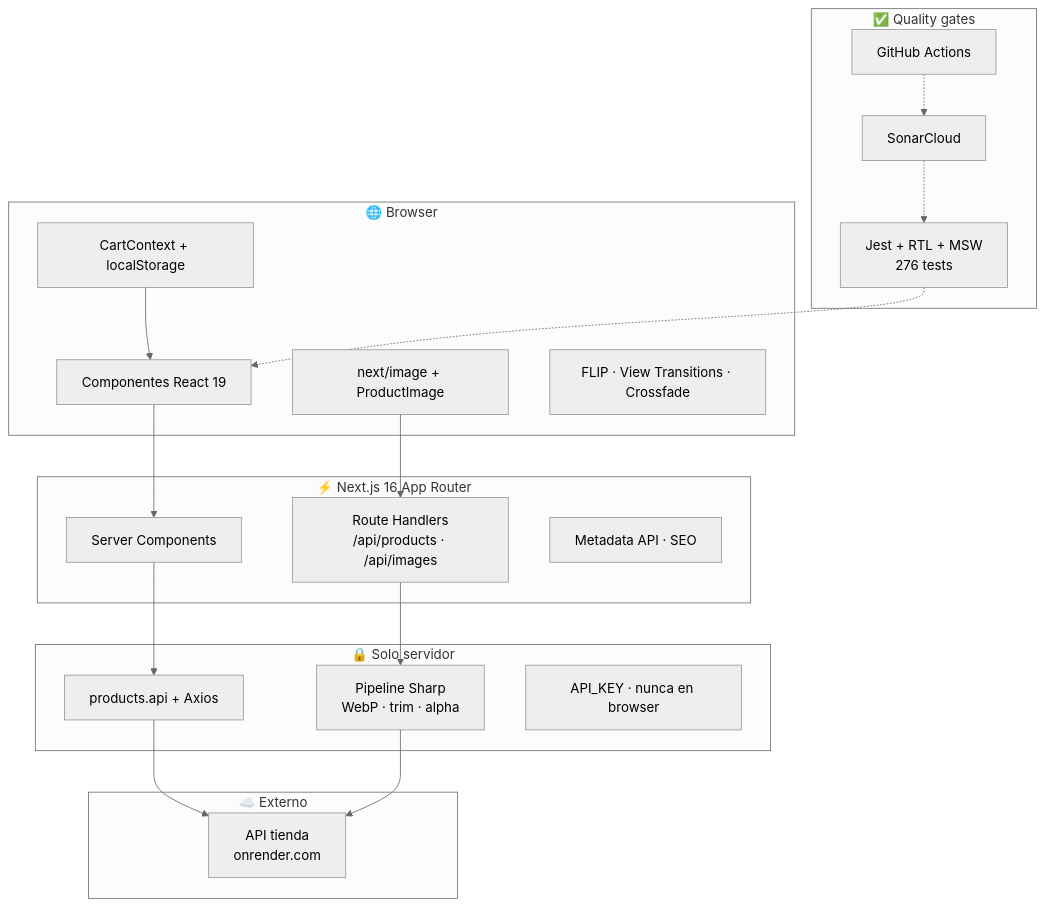
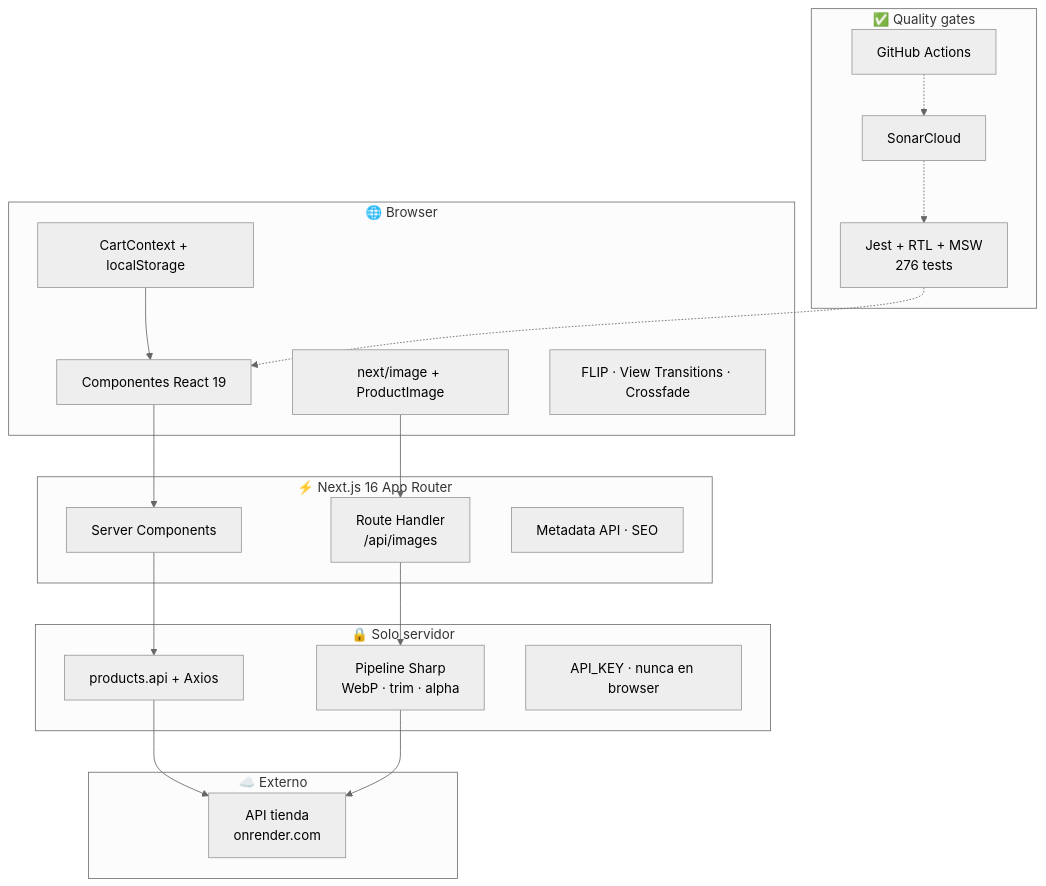
Before and after one commit to CristinaFores/zara-mobile-challenge: the second of 3 diagrams in README.es.md, drawn with Mermaid (neutral theme). The commit also changed other lines of this file and 32 other files, not shown here.

````diff
--- a/README.es.md
+++ b/README.es.md
@@ -217,42 +217,42 @@
 ```mermaid
 flowchart TB
   subgraph Client["🌐 Browser"]
     UI["Componentes React 19"]
     IMG["next/image + ProductImage"]
     MOTION["FLIP · View Transitions · Crossfade"]
     CART["CartContext + localStorage"]
   end
 
   subgraph Next["⚡ Next.js 16 App Router"]
     RSC["Server Components"]
-    RH["Route Handlers<br/>/api/products · /api/images"]
+    RH["Route Handler<br/>/api/images"]
     META["Metadata API · SEO"]
   end
 
   subgraph Server["🔒 Solo servidor"]
     API["products.api + Axios"]
     SHARP["Pipeline Sharp<br/>WebP · trim · alpha"]
     KEY["API_KEY · nunca en browser"]
   end
 
   subgraph External["☁️ Externo"]
     STORE["API tienda<br/>onrender.com"]
   end
 
   subgraph Quality["✅ Quality gates"]
     JEST["Jest + RTL + MSW<br/>276 tests"]
     SONAR["SonarCloud"]
     CI["GitHub Actions"]
   end
 
   UI --> RSC
   IMG --> RH
   RSC --> API
   RH --> SHARP
   API --> STORE
   SHARP --> STORE
   CART --> UI
   JEST -.-> UI
   SONAR -.-> JEST
   CI -.-> SONAR
 ```
````
